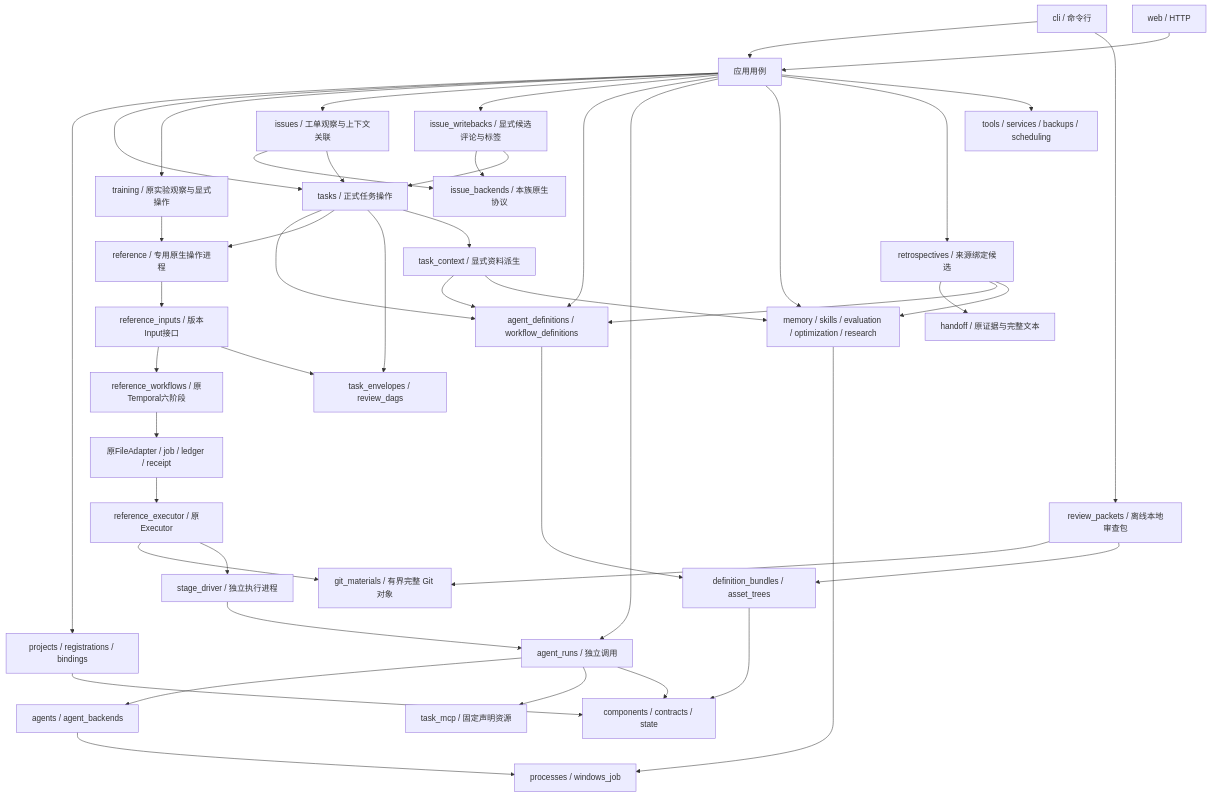
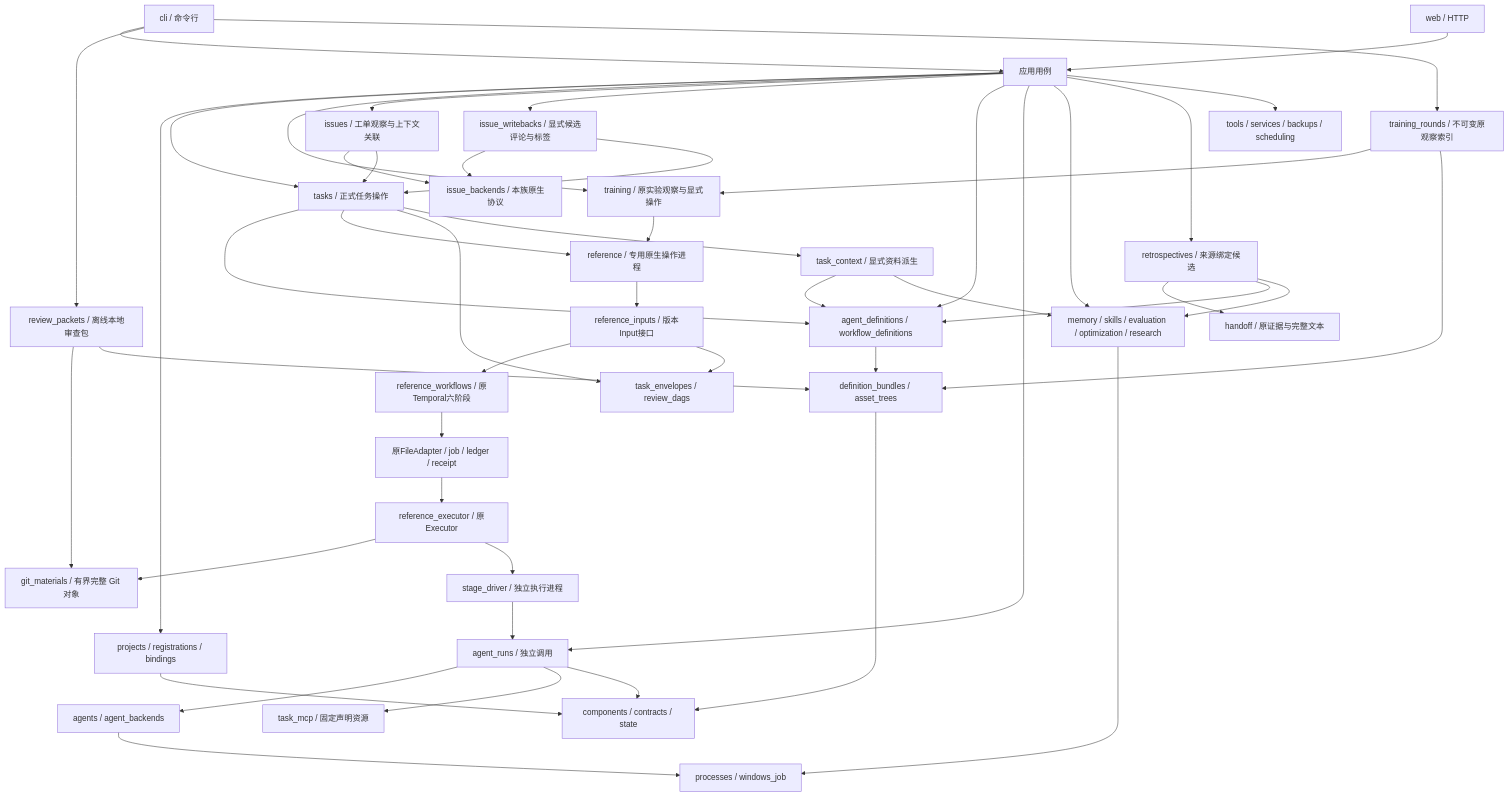
Before and after one commit to 626619403/Ergora: the first of 8 diagrams in docs/architecture/current.md, drawn with Mermaid. The commit also changed other lines of this file and 14 other files, not shown here.

````diff
--- a/docs/architecture/current.md
+++ b/docs/architecture/current.md
@@ -15,48 +15,51 @@
 ```mermaid
 flowchart TB
   CLI[cli / 命令行] --> Uses[应用用例]
   CLI --> ReviewPackets[review_packets / 离线本地审查包]
+  CLI --> Rounds[training_rounds / 不可变原观察索引]
+  Rounds --> Training
+  Rounds --> Bundles
   ReviewPackets --> GitMaterials[git_materials / 有界完整 Git 对象]
   ReviewPackets --> Bundles
   HTTP[web / HTTP] --> Uses
   Uses --> Project[projects / registrations / bindings]
   Uses --> Tasks[tasks / 正式任务操作]
   Uses --> Training[training / 原实验观察与显式操作]
   Training --> Reference
   Uses --> Issues[issues / 工单观察与上下文关联]
   Issues --> IssueBackends[issue_backends / 本族原生协议]
   Issues --> Tasks
   Uses --> Writebacks[issue_writebacks / 显式候选评论与标签]
   Writebacks --> IssueBackends
   Writebacks --> Tasks
   Uses --> Library[agent_definitions / workflow_definitions]
   Uses --> Runs[agent_runs / 独立调用]
   Uses --> Evolution[memory / skills / evaluation / optimization / research]
   Uses --> Retrospective[retrospectives / 来源绑定候选]
   Retrospective --> Evidence[handoff / 原证据与完整文本]
   Retrospective --> Library
   Retrospective --> Evolution
   Uses --> Ops[tools / services / backups / scheduling]
   Library --> Bundles[definition_bundles / asset_trees]
   Tasks --> Library
   Tasks --> Reference[reference / 专用原生操作进程]
   Reference --> Input[reference_inputs / 版本Input接口]
   Input --> Flow[reference_workflows / 原Temporal六阶段]
   Flow --> Files[原FileAdapter / job / ledger / receipt]
   Files --> Executor[reference_executor / 原Executor]
   Executor --> GitMaterials
   Executor --> Driver[stage_driver / 独立执行进程]
   Driver --> Runs
   Runs --> Agents[agents / agent_backends]
   Runs --> MCP[task_mcp / 固定声明资源]
   Agents --> Processes[processes / windows_job]
   Evolution --> Processes
   Project --> Base[components / contracts / state]
   Bundles --> Base
   Runs --> Base
   Tasks --> Envelope[task_envelopes / review_dags]
   Tasks --> Context[task_context / 显式资料派生]
   Context --> Library
   Context --> Evolution
   Input --> Envelope
 ```
````
